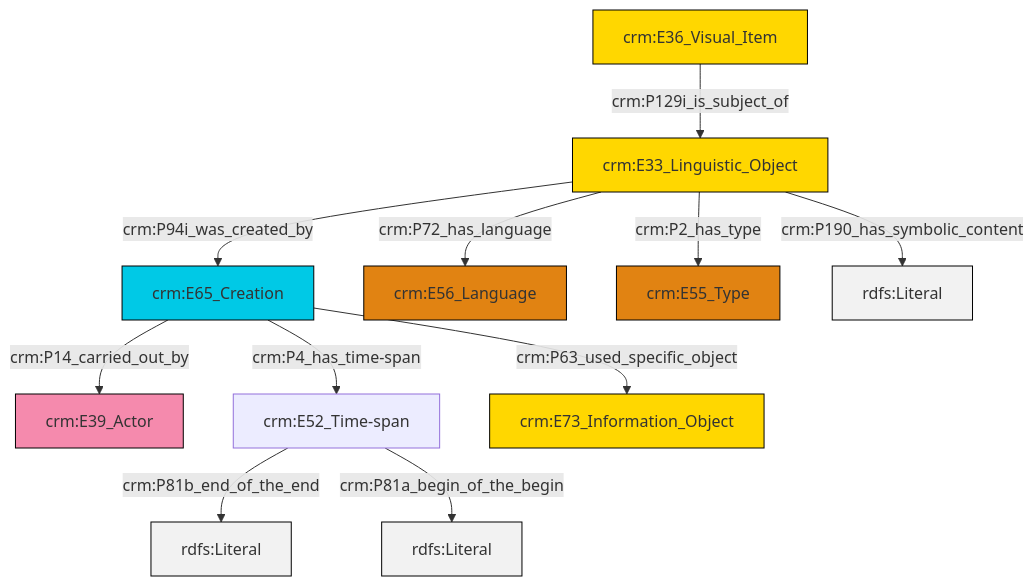
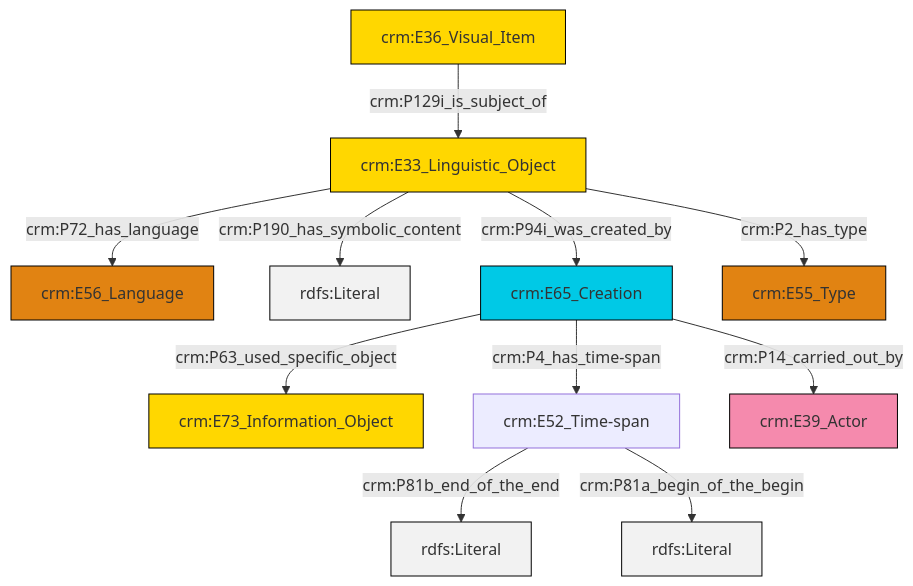
The diagram in et/imgCSV/ttl/mmd/img_desc.ttl.mmd (swiss-art-research-net/docs.swissartresearch), drawn with Mermaid before and after one commit. The commit also changed 178 other files, not shown here.

```diff
--- a/et/imgCSV/ttl/mmd/img_desc.ttl.mmd
+++ b/et/imgCSV/ttl/mmd/img_desc.ttl.mmd
@@ -1,25 +1,25 @@
 graph TD
 classDef Literal fill:#f2f2f2,stroke:#000000;
 classDef CRM_Entity fill:#FFFFFF,stroke:#000000;
 classDef Temporal_Entity fill:#00C9E6, stroke:#000000;
 classDef Type fill:#E18312, stroke:#000000;
 classDef Time-Span fill:#2C9C91, stroke:#000000;
 classDef Appellation fill:#FFEB7F, stroke:#000000;
 classDef Place fill:#008836, stroke:#000000;
 classDef Persistent_Item fill:#B266B2, stroke:#000000;
 classDef Conceptual_Object fill:#FFD700, stroke:#000000;
 classDef Physical_Thing fill:#D2B48C, stroke:#000000;
 classDef Actor fill:#f58aad, stroke:#000000;
 classDef PC_Classes fill:#4ce600, stroke:#000000;
 classDef Multi fill:#cccccc,stroke:#000000;
 
-0["crm:E65_Creation"]:::Temporal_Entity -->|crm:P14_carried_out_by| 1["crm:E39_Actor"]:::Actor
-8["crm:E33_Linguistic_Object"]:::Conceptual_Object -->|crm:P2_has_type| 9["crm:E55_Type"]:::Type
-6["crm:E52_Time-span"]:::Default -->|crm:P81b_end_of_the_end| 10[rdfs:Literal]:::Literal
-8["crm:E33_Linguistic_Object"]:::Conceptual_Object -->|crm:P94i_was_created_by| 0["crm:E65_Creation"]:::Temporal_Entity
-8["crm:E33_Linguistic_Object"]:::Conceptual_Object -->|crm:P190_has_symbolic_content| 11[rdfs:Literal]:::Literal
-8["crm:E33_Linguistic_Object"]:::Conceptual_Object -->|crm:P72_has_language| 4["crm:E56_Language"]:::Type
-6["crm:E52_Time-span"]:::Default -->|crm:P81a_begin_of_the_begin| 15[rdfs:Literal]:::Literal
-2["crm:E36_Visual_Item"]:::Conceptual_Object -->|crm:P129i_is_subject_of| 8["crm:E33_Linguistic_Object"]:::Conceptual_Object
-0["crm:E65_Creation"]:::Temporal_Entity -->|crm:P63_used_specific_object| 17["crm:E73_Information_Object"]:::Conceptual_Object
-0["crm:E65_Creation"]:::Temporal_Entity -->|crm:P4_has_time-span| 6["crm:E52_Time-span"]:::Default
+0["crm:E33_Linguistic_Object"]:::Conceptual_Object -->|crm:P72_has_language| 1["crm:E56_Language"]:::Type
+0["crm:E33_Linguistic_Object"]:::Conceptual_Object -->|crm:P190_has_symbolic_content| 5[rdfs:Literal]:::Literal
+6["crm:E65_Creation"]:::Temporal_Entity -->|crm:P4_has_time-span| 7["crm:E52_Time-span"]:::Default
+7["crm:E52_Time-span"]:::Default -->|crm:P81b_end_of_the_end| 8[rdfs:Literal]:::Literal
+0["crm:E33_Linguistic_Object"]:::Conceptual_Object -->|crm:P2_has_type| 9["crm:E55_Type"]:::Type
+7["crm:E52_Time-span"]:::Default -->|crm:P81a_begin_of_the_begin| 14[rdfs:Literal]:::Literal
+6["crm:E65_Creation"]:::Temporal_Entity -->|crm:P14_carried_out_by| 15["crm:E39_Actor"]:::Actor
+6["crm:E65_Creation"]:::Temporal_Entity -->|crm:P63_used_specific_object| 2["crm:E73_Information_Object"]:::Conceptual_Object
+10["crm:E36_Visual_Item"]:::Conceptual_Object -->|crm:P129i_is_subject_of| 0["crm:E33_Linguistic_Object"]:::Conceptual_Object
+0["crm:E33_Linguistic_Object"]:::Conceptual_Object -->|crm:P94i_was_created_by| 6["crm:E65_Creation"]:::Temporal_Entity
```
